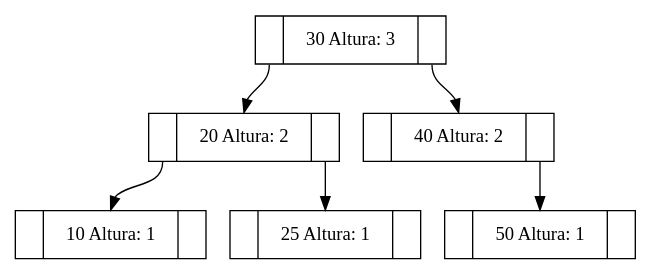
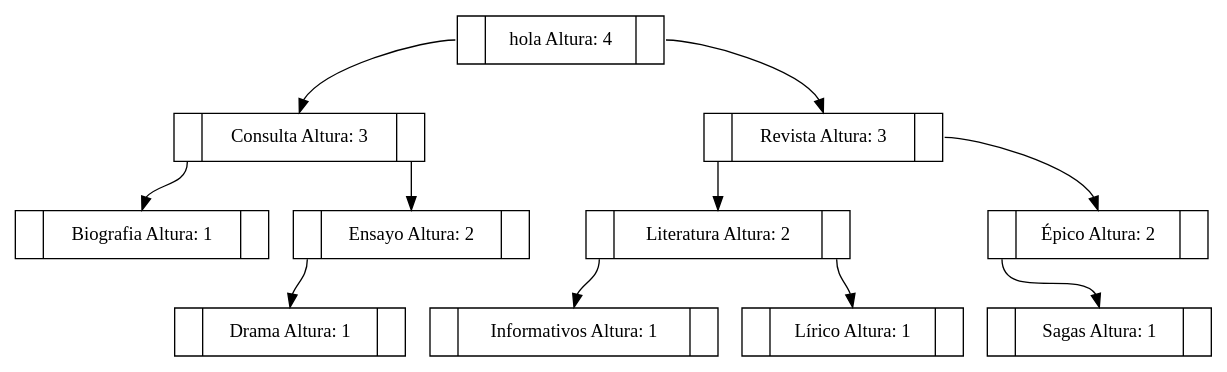
The diagram in USACLibrary/ArbolAVL.dot (ChrisUSAC/EDD_1S2020_PY2_201709272), drawn with Graphviz before and after one commit. The commit also changed 14 other files, not shown here.

```diff
--- a/USACLibrary/ArbolAVL.dot
+++ b/USACLibrary/ArbolAVL.dot
@@ -1,29 +1,49 @@
 digraph G
 {
         node [shape = record];
-node30 [ label ="<f0> | <f1>30
+nodehola [ label ="<f0> | <f1>hola
+ Altura: 4
+ | <f2> "];
+nodeConsulta [ label ="<f0> | <f1>Consulta
  Altura: 3
  | <f2> "];
-node20 [ label ="<f0> | <f1>20
+nodeBiografia [ label ="<f0> | <f1>Biografia
+ Altura: 1
+ | <f2> "];
+nodeEnsayo [ label ="<f0> | <f1>Ensayo
  Altura: 2
  | <f2> "];
-node10 [ label ="<f0> | <f1>10
+nodeDrama [ label ="<f0> | <f1>Drama
  Altura: 1
  | <f2> "];
-node25 [ label ="<f0> | <f1>25
+nodeRevista [ label ="<f0> | <f1>Revista
+ Altura: 3
+ | <f2> "];
+nodeLiteratura [ label ="<f0> | <f1>Literatura
+ Altura: 2
+ | <f2> "];
+nodeInformativos [ label ="<f0> | <f1>Informativos
  Altura: 1
  | <f2> "];
-node40 [ label ="<f0> | <f1>40
+nodeLírico [ label ="<f0> | <f1>Lírico
+ Altura: 1
+ | <f2> "];
+nodeÉpico [ label ="<f0> | <f1>Épico
  Altura: 2
  | <f2> "];
-node50 [ label ="<f0> | <f1>50
+nodeSagas [ label ="<f0> | <f1>Sagas
  Altura: 1
  | <f2> "];
 
-"node30":f0 -> "node20":f1;
-"node30":f2 -> "node40":f1;
-"node20":f0 -> "node10":f1;
-"node20":f2 -> "node25":f1;
-"node40":f2 -> "node50":f1;
+"nodehola":f0 -> "nodeConsulta":f1;
+"nodehola":f2 -> "nodeRevista":f1;
+"nodeConsulta":f0 -> "nodeBiografia":f1;
+"nodeConsulta":f2 -> "nodeEnsayo":f1;
+"nodeEnsayo":f0 -> "nodeDrama":f1;
+"nodeRevista":f0 -> "nodeLiteratura":f1;
+"nodeRevista":f2 -> "nodeÉpico":f1;
+"nodeLiteratura":f0 -> "nodeInformativos":f1;
+"nodeLiteratura":f2 -> "nodeLírico":f1;
+"nodeÉpico":f0 -> "nodeSagas":f1;
 
 }
```
